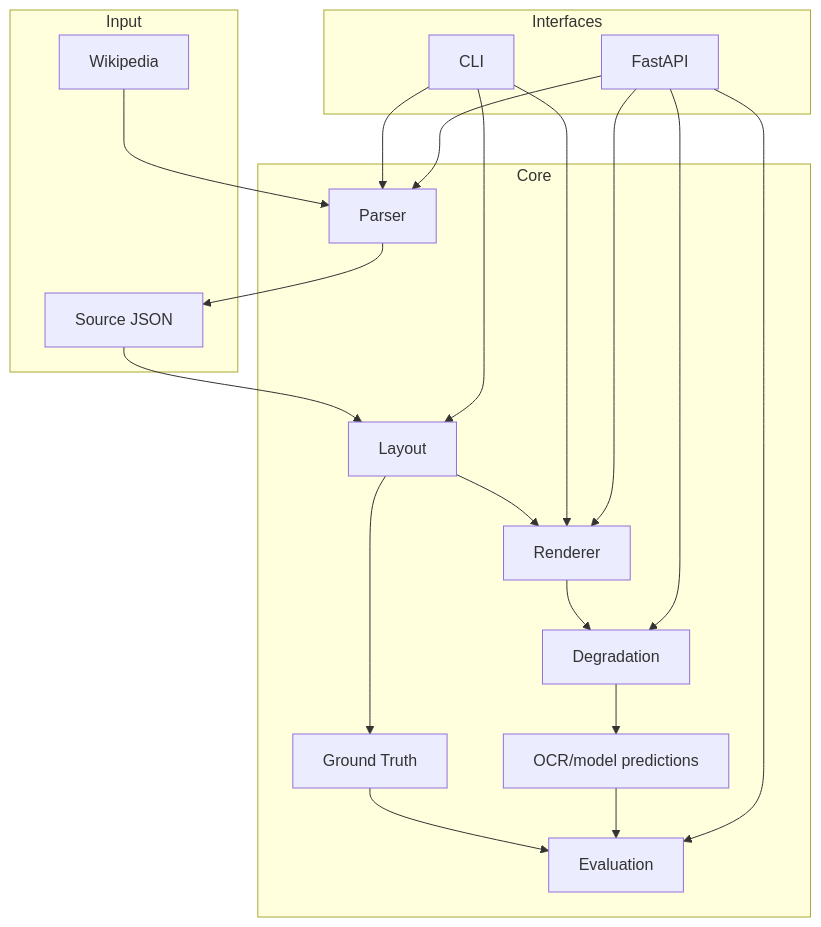
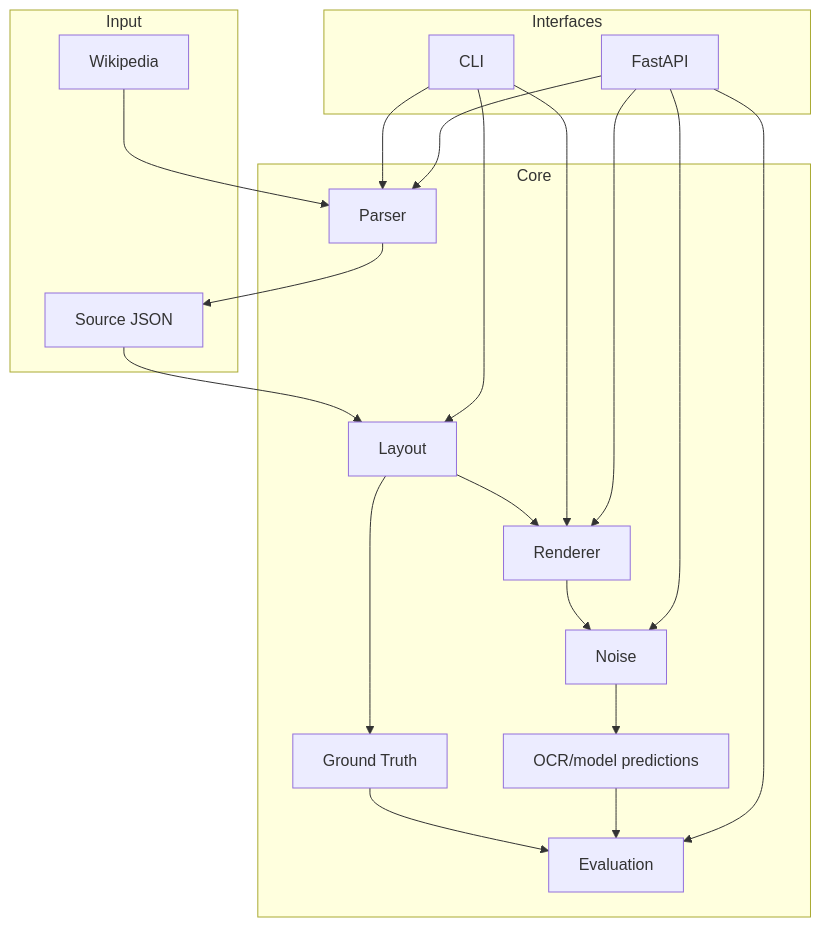
The second of 2 diagrams in README.md (vorobev-danila/PolyDocBench), drawn with Mermaid before and after one commit. The commit also changed other lines of this file and 27 other files, not shown here.

Commit message:
Rename scan degradation workflow to noise

````diff
--- a/README.md
+++ b/README.md
@@ -58,37 +58,37 @@
 ```mermaid
 flowchart TB
     subgraph Input
         W[Wikipedia]
         J[Source JSON]
     end
 
     subgraph Core
         P[Parser]
         L[Layout]
         R[Renderer]
         G[Ground Truth]
-        D[Degradation]
+        D[Noise]
         M[OCR/model predictions]
         E[Evaluation]
     end
 
     subgraph Interfaces
         C[CLI]
         A[FastAPI]
     end
 
     W --> P --> J
     J --> L --> R
     L --> G
     R --> D
     D --> M
     G --> E
     M --> E
     C --> P
     C --> L
     C --> R
     A --> P
     A --> R
     A --> D
     A --> E
 ```
````
